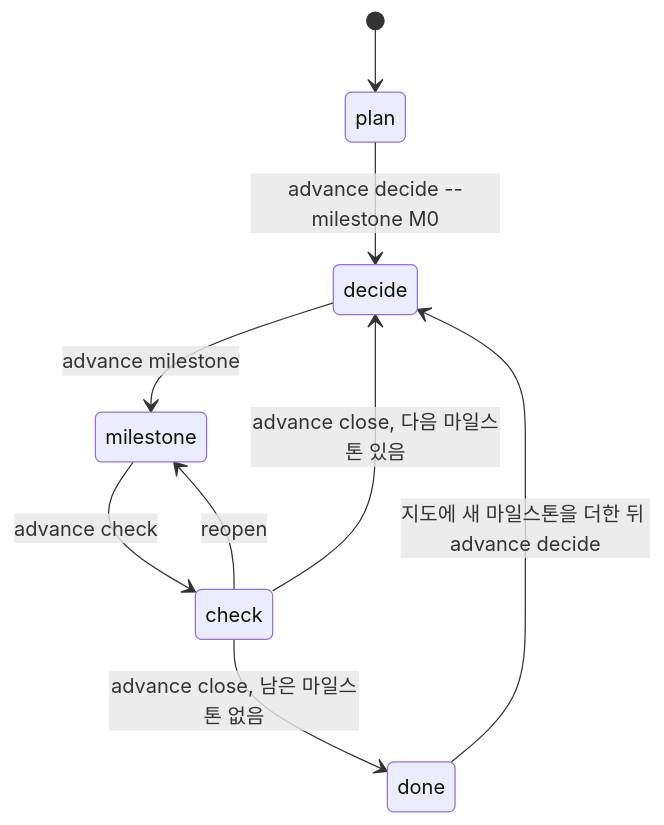
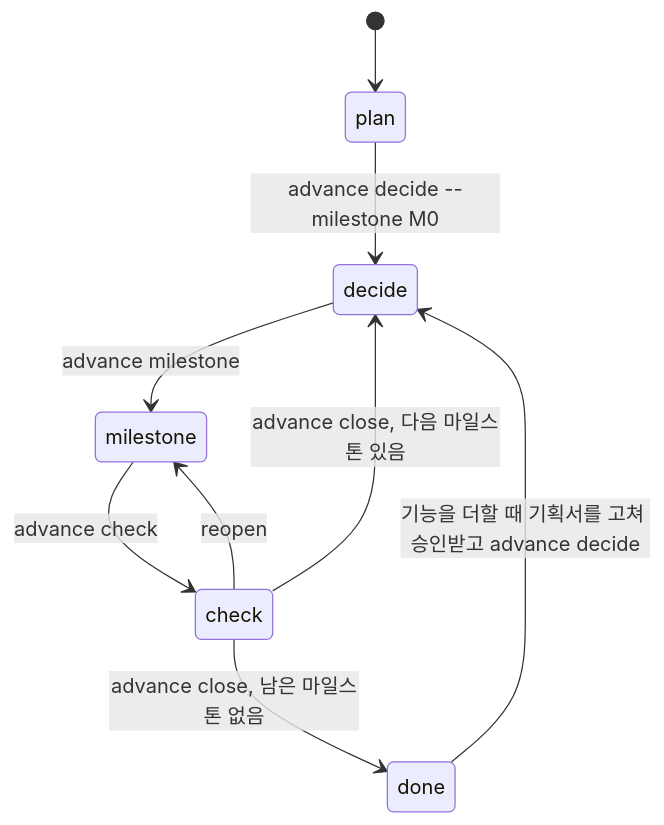
One commit to bjw202/rail changed the second of 2 diagrams in HOW-IT-WORKS.md. Above: the diagram before and after it, drawn with Mermaid. The commit also changed other lines of this file and 14 other files, not shown here.

````diff
--- a/HOW-IT-WORKS.md
+++ b/HOW-IT-WORKS.md
@@ -52,11 +52,11 @@
 ```mermaid
 stateDiagram-v2
   [*] --> plan
   plan --> decide: advance decide --milestone M0
   decide --> milestone: advance milestone
   milestone --> check: advance check
   check --> milestone: reopen
   check --> decide: advance close, 다음 마일스톤 있음
   check --> done: advance close, 남은 마일스톤 없음
-  done --> decide: 지도에 새 마일스톤을 더한 뒤 advance decide
+  done --> decide: 기능을 더할 때 기획서를 고쳐 승인받고 advance decide
 ```
````
